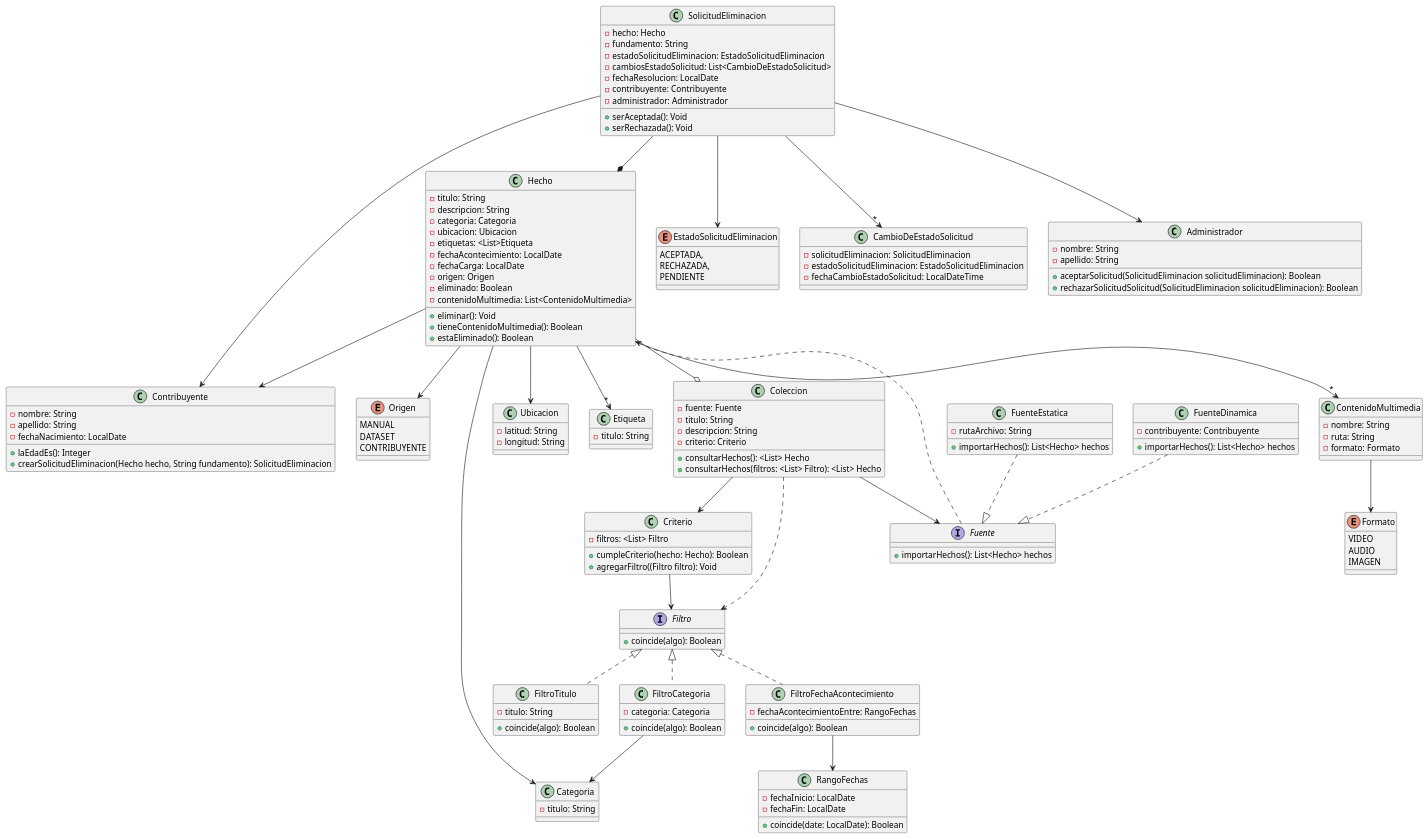
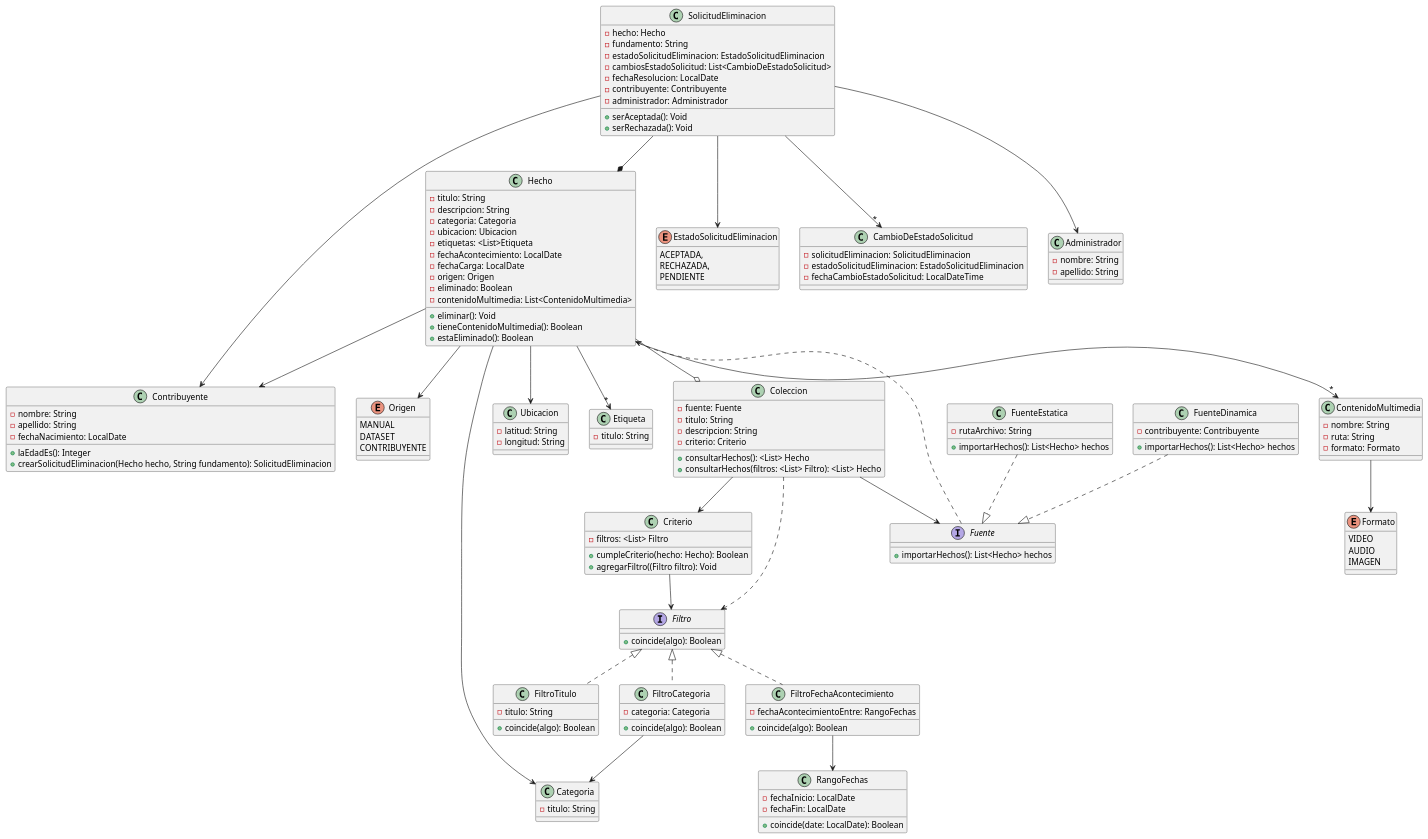
Before and after one commit to BrunoRodriguezzz/tp-dsi: the diagram in DiagramaDeClases-1°Entrega.puml, drawn with PlantUML. The commit also changed 1 other file, not shown here.

```diff
--- a/DiagramaDeClases-1°Entrega.puml
+++ b/DiagramaDeClases-1°Entrega.puml
@@ -1,186 +1,184 @@
     @startuml
 'Hecho
 Hecho --> Contribuyente
 Hecho --> Origen
 Hecho --> Categoria
 Hecho --> Ubicacion
 Hecho -->"*" Etiqueta
 Hecho --o Coleccion
 Hecho -->"*" ContenidoMultimedia
 
 'Solicitudes de Eliminacion
 SolicitudEliminacion --* Hecho
 SolicitudEliminacion --> EstadoSolicitudEliminacion
 SolicitudEliminacion -->"*" CambioDeEstadoSolicitud
 SolicitudEliminacion --> Contribuyente
 SolicitudEliminacion --> Administrador
 
 'Colecciones
 Coleccion --> Criterio
 Coleccion ..> Filtro
 
 'Fuente
 Coleccion --> Fuente
 Fuente ..> Hecho
 FuenteEstatica ..|> Fuente
 FuenteDinamica ..|> Fuente
 
 'Criterio
 Criterio --> Filtro
 
 'ElementoCriterio
 Filtro <|.. FiltroTitulo
 Filtro <|.. FiltroCategoria
 Filtro <|.. FiltroFechaAcontecimiento
 
 'Estrategias
 FiltroCategoria --> Categoria
 FiltroFechaAcontecimiento --> RangoFechas
 
 'Contenido Multimedia
 ContenidoMultimedia --> Formato
 
 
 class Contribuyente {
     -nombre: String
     -apellido: String
     -fechaNacimiento: LocalDate
     +laEdadEs(): Integer
     +crearSolicitudEliminacion(Hecho hecho, String fundamento): SolicitudEliminacion
 }
 
 class Administrador {
     -nombre: String
     -apellido: String
-    +aceptarSolicitud(SolicitudEliminacion solicitudEliminacion): Boolean
-    +rechazarSolicitudSolicitud(SolicitudEliminacion solicitudEliminacion): Boolean
 }
 
 enum EstadoSolicitudEliminacion {
     ACEPTADA,
     RECHAZADA,
     PENDIENTE
 }
 
 class CambioDeEstadoSolicitud {
     -solicitudEliminacion: SolicitudEliminacion
     -estadoSolicitudEliminacion: EstadoSolicitudEliminacion
     -fechaCambioEstadoSolicitud: LocalDateTime
 }
 
 class ContenidoMultimedia {
     -nombre: String
     -ruta: String
     -formato: Formato
 }
 
 enum Formato {
     VIDEO
     AUDIO
     IMAGEN
 }
 
 class Hecho {
     -titulo: String
     -descripcion: String
     -categoria: Categoria
     -ubicacion: Ubicacion
     -etiquetas: <List>Etiqueta
     -fechaAcontecimiento: LocalDate
     -fechaCarga: LocalDate
     -origen: Origen
     -eliminado: Boolean
     -contenidoMultimedia: List<ContenidoMultimedia>
     +eliminar(): Void
     +tieneContenidoMultimedia(): Boolean
     +estaEliminado(): Boolean
 }
 
 interface Fuente {
     +importarHechos(): List<Hecho> hechos
 }
 
 class FuenteEstatica {
     -rutaArchivo: String
     +importarHechos(): List<Hecho> hechos
 }
 
 class FuenteDinamica {
     -contribuyente: Contribuyente
     +importarHechos(): List<Hecho> hechos
 }
 
 class Etiqueta {
     -titulo: String
 }
 
 enum Origen {
     MANUAL
     DATASET
     CONTRIBUYENTE
 }
 
 class Categoria {
     -titulo: String
 }
 
 class Ubicacion {
     -latitud: String
     -longitud: String
 }
 
 class SolicitudEliminacion {
     -hecho: Hecho
     -fundamento: String
     -estadoSolicitudEliminacion: EstadoSolicitudEliminacion
     -cambiosEstadoSolicitud: List<CambioDeEstadoSolicitud>
     -fechaResolucion: LocalDate
     -contribuyente: Contribuyente
     -administrador: Administrador
     +serAceptada(): Void
     +serRechazada(): Void
 }
 
 class Coleccion {
     -fuente: Fuente
     -titulo: String
     -descripcion: String
     -criterio: Criterio
     'Solo para representar overload
     +consultarHechos(): <List> Hecho
     +consultarHechos(filtros: <List> Filtro): <List> Hecho
 }
 
 class Criterio{
     -filtros: <List> Filtro
 
     +cumpleCriterio(hecho: Hecho): Boolean
     +agregarFiltro((Filtro filtro): Void
 }
 
 class RangoFechas {
     -fechaInicio: LocalDate
     -fechaFin: LocalDate
     +coincide(date: LocalDate): Boolean
 }
 
 interface Filtro{
     +coincide(algo): Boolean
 }
 
 class FiltroTitulo{
     -titulo: String
     +coincide(algo): Boolean
 }
 
 class FiltroFechaAcontecimiento{
     -fechaAcontecimientoEntre: RangoFechas
     +coincide(algo): Boolean
 }
 
 class FiltroCategoria{
     -categoria: Categoria
     +coincide(algo): Boolean
 }
 
 @enduml
```
